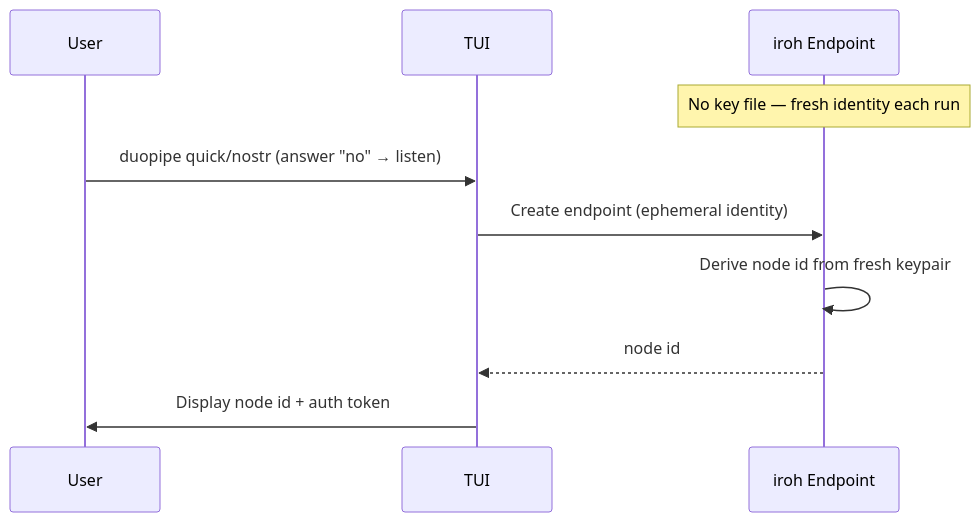
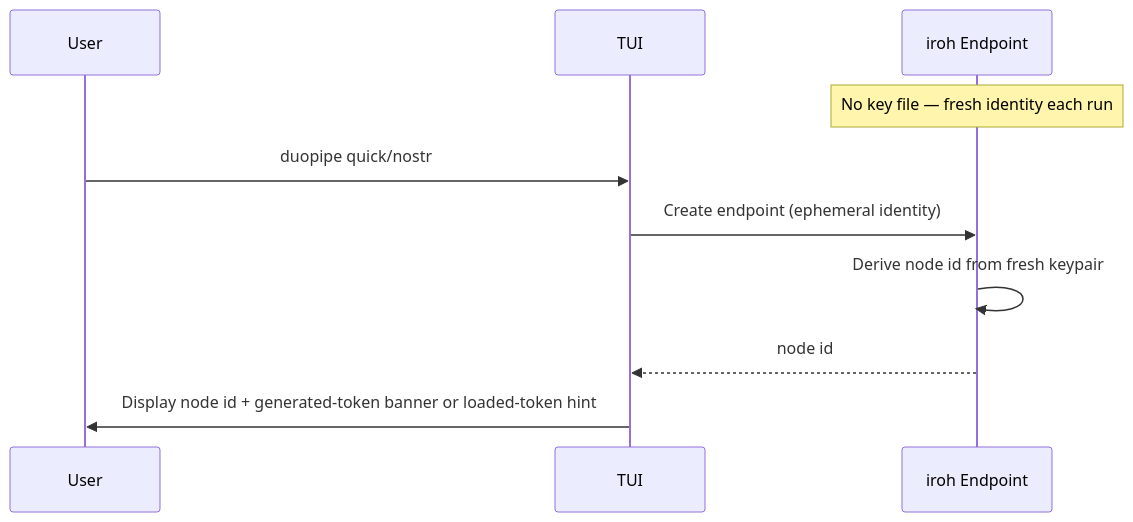
Before and after one commit to andrewtheguy/duopipe: diagram 19 of 24 in docs/ARCHITECTURE.md, drawn with Mermaid. The commit also changed other lines of this file and 6 other files, not shown here.

Commit message:
docs: update README and architecture documentation to clarify interactive peer roles and dial session handling

````diff
--- a/docs/ARCHITECTURE.md
+++ b/docs/ARCHITECTURE.md
@@ -680,13 +677,13 @@
 ```mermaid
 sequenceDiagram
     participant User as User
     participant TUI as TUI
     participant EP as iroh Endpoint
 
     Note over EP: No key file — fresh identity each run
-    User->>TUI: duopipe quick/nostr  (answer "no" → listen)
+    User->>TUI: duopipe quick/nostr
     TUI->>EP: Create endpoint (ephemeral identity)
     EP->>EP: Derive node id from fresh keypair
     EP-->>TUI: node id
-    TUI->>User: Display node id + auth token
+    TUI->>User: Display node id + generated-token banner or loaded-token hint
 ```
````
